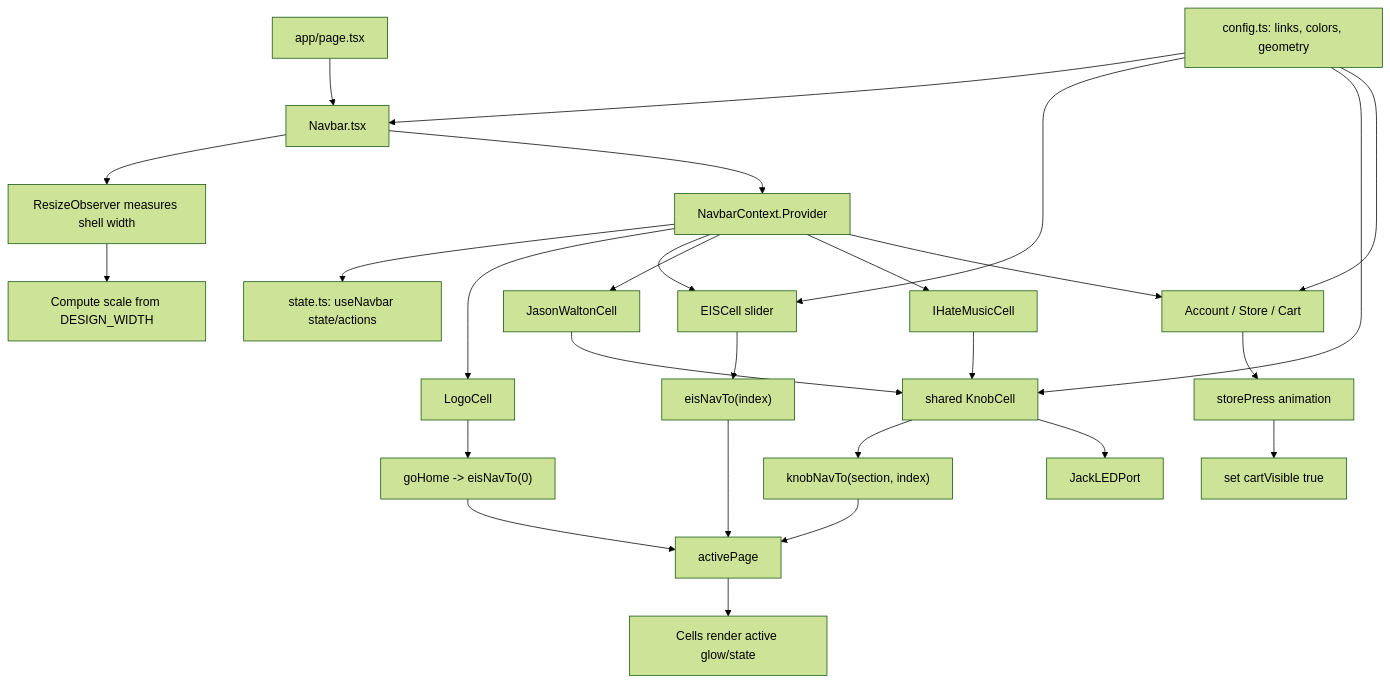
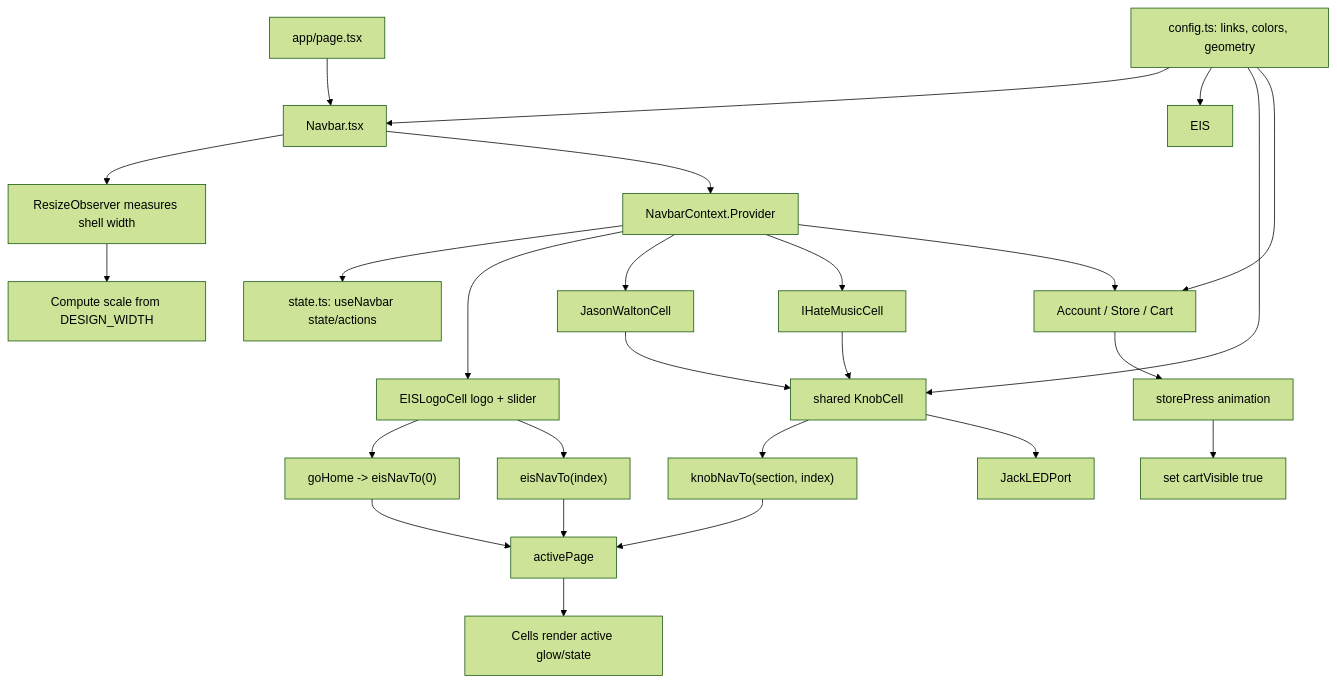
Before and after one commit to bucketb0t/Earth_In_Sound: the diagram in PROJECT_ARCHITECTURE.md, drawn with Mermaid (forest theme). The commit also changed other lines of this file and 19 other files, not shown here.

Commit message:
The EISLogoCell is for the most part completely styled

````diff
--- a/PROJECT_ARCHITECTURE.md
+++ b/PROJECT_ARCHITECTURE.md
@@ -96,32 +98,31 @@
 ```mermaid
 flowchart TD
   Page["app/page.tsx"] --> Navbar["Navbar.tsx"]
   Navbar --> Measure["ResizeObserver measures shell width"]
   Measure --> Scale["Compute scale from DESIGN_WIDTH"]
   Navbar --> Provider["NavbarContext.Provider"]
   Provider --> State["state.ts: useNavbar state/actions"]
   Config["config.ts: links, colors, geometry"] --> Navbar
   Config --> EIS
   Config --> Knob
   Config --> Utility
 
-  Provider --> Logo["LogoCell"]
-  Provider --> EIS["EISCell slider"]
+  Provider --> EISLogo["EISLogoCell logo + slider"]
   Provider --> JW["JasonWaltonCell"]
   Provider --> IHM["IHateMusicCell"]
   Provider --> Utility["Account / Store / Cart"]
 
-  Logo --> GoHome["goHome -> eisNavTo(0)"]
-  EIS --> EisNav["eisNavTo(index)"]
+  EISLogo --> GoHome["goHome -> eisNavTo(0)"]
+  EISLogo --> EisNav["eisNavTo(index)"]
   JW --> Knob["shared KnobCell"]
   IHM --> Knob
   Knob --> KnobNav["knobNavTo(section, index)"]
   Knob --> Jack["JackLEDPort"]
   Utility --> Store["storePress animation"]
   Store --> RevealCart["set cartVisible true"]
 
   GoHome --> Active["activePage"]
   EisNav --> Active
   KnobNav --> Active
   Active --> Cells["Cells render active glow/state"]
 ```
````
